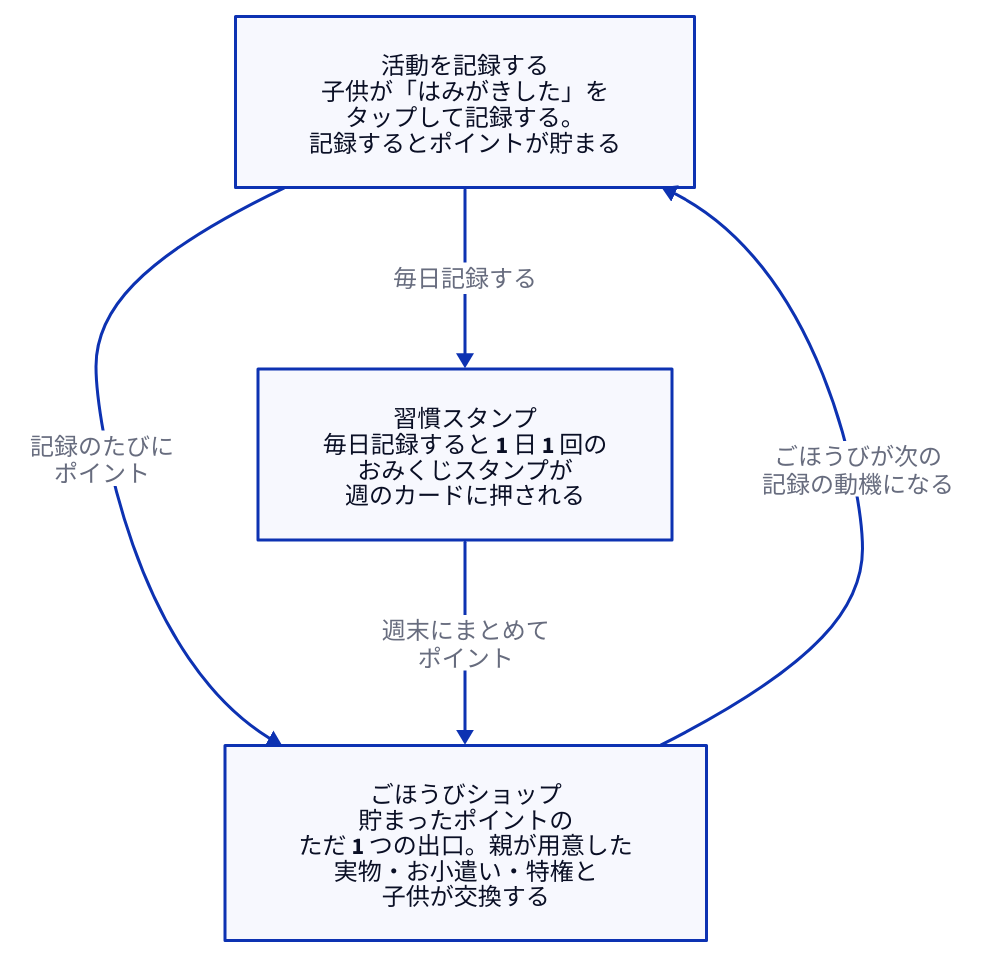
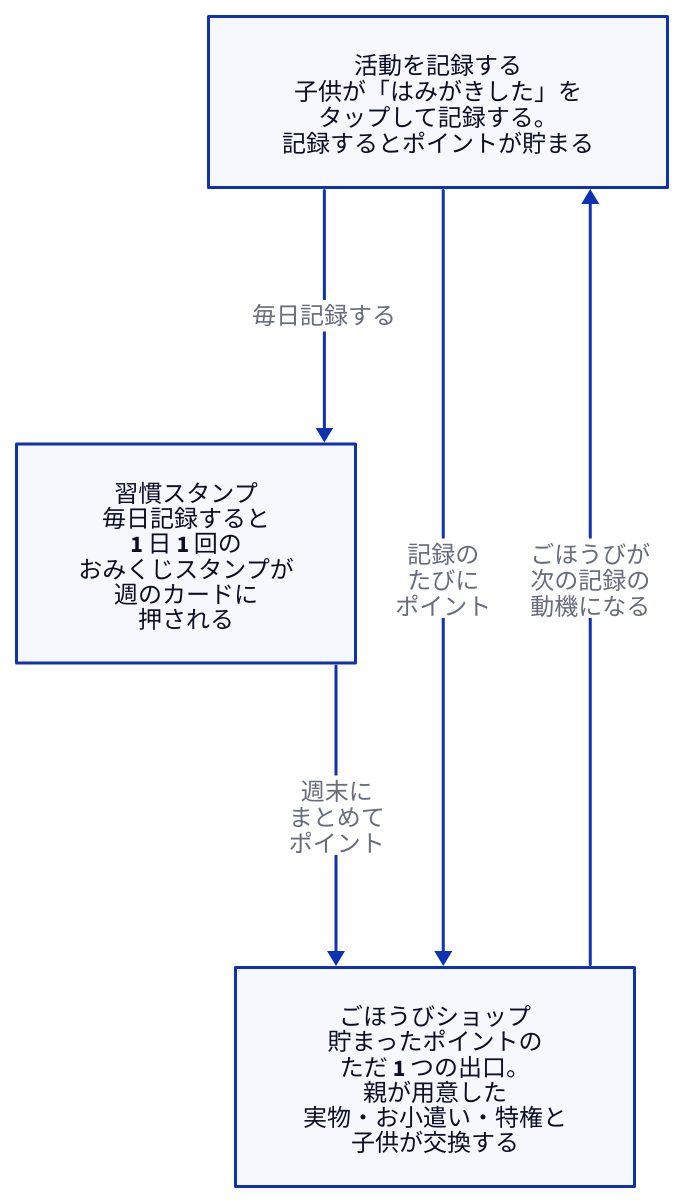
One commit to Takenori-Kusaka/publishing-hub changed the diagram in images/ganbari-quest-design/product.d2. Above: the diagram before and after it, drawn with D2. The commit also changed 78 other files, not shown here.

First line of the commit message:
fix(diagrams): 自然幅が 480px を超えていた図 26 枚を縦に積んで描き直す

```diff
--- a/images/ganbari-quest-design/product.d2
+++ b/images/ganbari-quest-design/product.d2
@@ -1,19 +1,21 @@
 # 3 つの仕組み（正本: books/ganbari-quest-design/product.md）
-# 一方向のフローなので layout は dagre（TALA は公式に「DAG は苦手」と明記）。
+# 輪（記録 → ショップ → 記録）を含む図なので layout は elk。同じ組み方で dagre は自然幅 489px になり、
+# elk は矢印を直交に引いてラベルを線の上に置くので 434px に収まる。
 # 図だけで読めるように、各箱に「誰が何をするか」を書く。
-# 自然幅を 700px に収めるため 1 列にし、1 行は 18 字までにする。
+# 電話（本文幅 約 360px）で 0.75 倍より縮まず文字が読めるよう、自然幅を 480px 以下にする。
+# 習慣スタンプの箱と 2 本の矢印のラベルが同じ段に横に並ぶので、それらは 1 行を 7 字までにする。
 vars: {
   d2-config: {
-    layout-engine: dagre
+    layout-engine: elk
   }
 }
 direction: down
 
 L1: "活動を記録する\n子供が「はみがきした」を\nタップして記録する。\n記録するとポイントが貯まる"
-L2: "習慣スタンプ\n毎日記録すると 1 日 1 回の\nおみくじスタンプが\n週のカードに押される"
-L3: "ごほうびショップ\n貯まったポイントの\nただ 1 つの出口。親が用意した\n実物・お小遣い・特権と\n子供が交換する"
+L2: "習慣スタンプ\n毎日記録すると\n1 日 1 回の\nおみくじスタンプが\n週のカードに\n押される"
+L3: "ごほうびショップ\n貯まったポイントの\nただ 1 つの出口。\n親が用意した\n実物・お小遣い・特権と\n子供が交換する"
 
 L1 -> L2: "毎日記録する"
-L1 -> L3: "記録のたびに\nポイント"
-L2 -> L3: "週末にまとめて\nポイント"
-L3 -> L1: "ごほうびが次の\n記録の動機になる"
+L1 -> L3: "記録の\nたびに\nポイント"
+L2 -> L3: "週末に\nまとめて\nポイント"
+L3 -> L1: "ごほうびが\n次の記録の\n動機になる"
```
